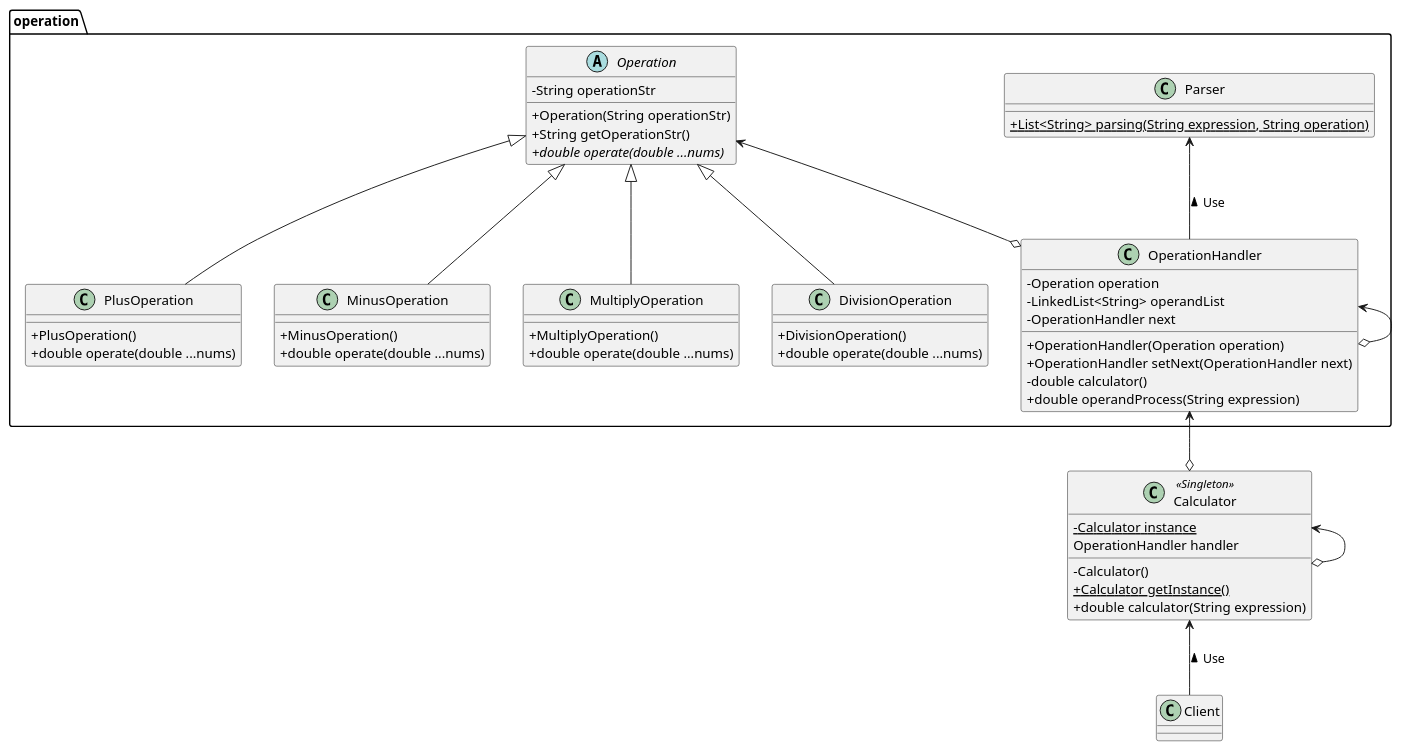
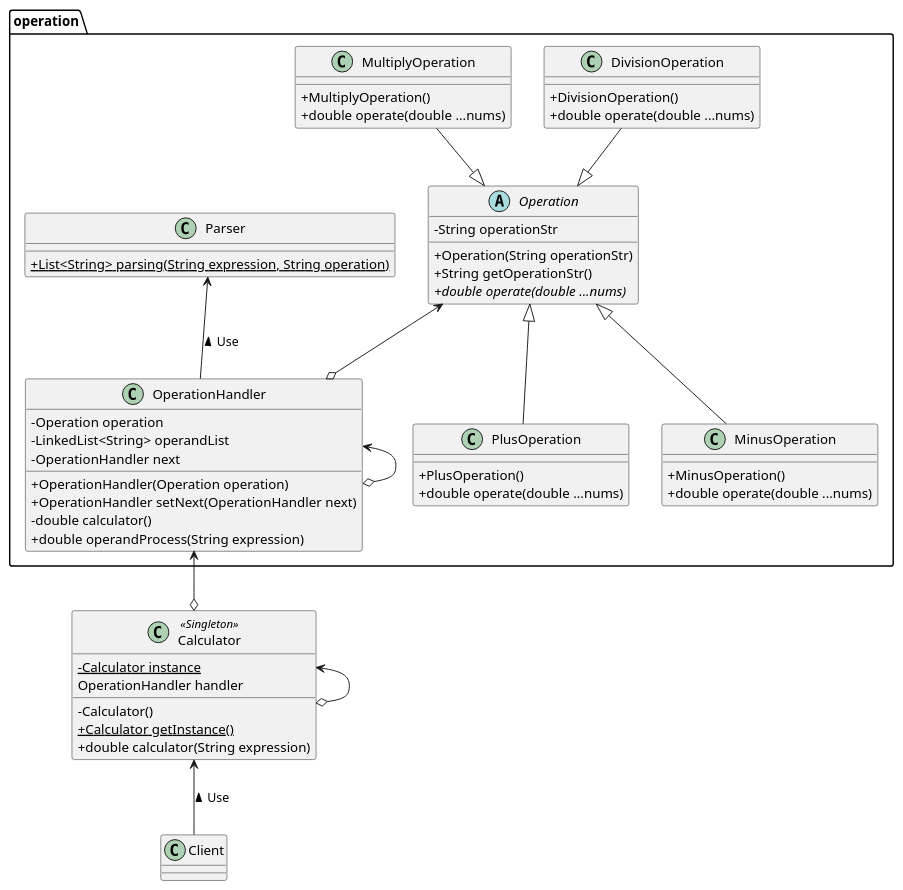
One commit to windowforsun/blog changed the diagram in plantuml/designpattern/concept-facade-2.plantuml. Above: the diagram before and after it, drawn with PlantUML. The commit also changed 2 other files, not shown here.

```diff
--- a/plantuml/designpattern/concept-facade-2.plantuml
+++ b/plantuml/designpattern/concept-facade-2.plantuml
@@ -1,75 +1,75 @@
 @startuml
 skinparam classAttributeIconSize 0
 
 class Calculator << Singleton >> {
 	- {static} Calculator instance
 	OperationHandler handler
 
 	-Calculator()
 	+{static} Calculator getInstance()
 	+ double calculator(String expression)
 }
 
 
 package operation {
 class Parser {
 	+ {static} List<String> parsing(String expression, String operation)
 }
 
 class OperationHandler {
 	-Operation operation
 	-LinkedList<String> operandList
 	-OperationHandler next
 
 	+OperationHandler(Operation operation)
 	+OperationHandler setNext(OperationHandler next)
 	-double calculator()
 	+double operandProcess(String expression)
 }
 
 
 abstract class Operation {
 	- String operationStr
 
 	+Operation(String operationStr)
 	+String getOperationStr()
 	+ {abstract} double operate(double ...nums)
 }
 
 class PlusOperation {
 	+ PlusOperation()
 	+double operate(double ...nums)
 }
 
 class MinusOperation {
 	+ MinusOperation()
 	+double operate(double ...nums)
 }
 
 class MultiplyOperation {
 	+ MultiplyOperation()
 	+double operate(double ...nums)
 }
 
 class DivisionOperation {
 	+ DivisionOperation()
 	+double operate(double ...nums)
 }
 }
 
 
 Operation <|-- PlusOperation
 Operation <|-- MinusOperation
-Operation <|-- MultiplyOperation
-Operation <|-- DivisionOperation
+Operation <|-up- MultiplyOperation
+Operation <|-up- DivisionOperation
 
 Calculator <--o Calculator
 Calculator <-- Client : Use <
 
 OperationHandler <--o OperationHandler
 OperationHandler <-down-o Calculator
 Parser <-down- OperationHandler : Use <
 Operation <--o OperationHandler
 
 
 @enduml
```
